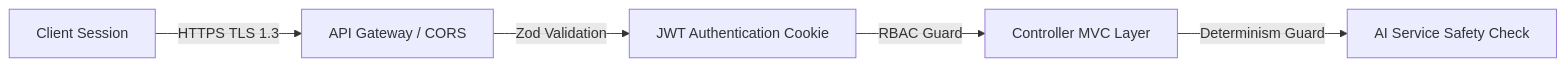
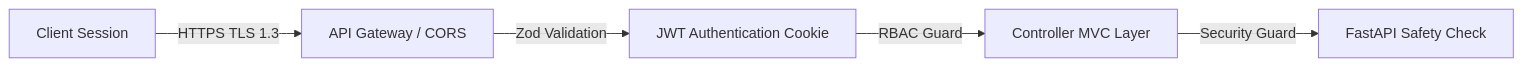
Before and after one commit to KidsNutriBite/NutriBite: the fifth of 6 diagrams in docs/project_specification.md, drawn with Mermaid. The commit also changed other lines of this file and 6 other files, not shown here.

First line of the commit message:
docs: add architecture documentation, service map, model flow, and PR summary

````diff
--- a/docs/project_specification.md
+++ b/docs/project_specification.md
@@ -325,7 +388,7 @@
 ```mermaid
 graph LR
     User[Client Session] -->|HTTPS TLS 1.3| Gateway[API Gateway / CORS]
     Gateway -->|Zod Validation| JWT[JWT Authentication Cookie]
     JWT -->|RBAC Guard| Controller[Controller MVC Layer]
-    Controller -->|Determinism Guard| AI[AI Service Safety Check]
+    Controller -->|Security Guard| AI[FastAPI Safety Check]
 ```
````
